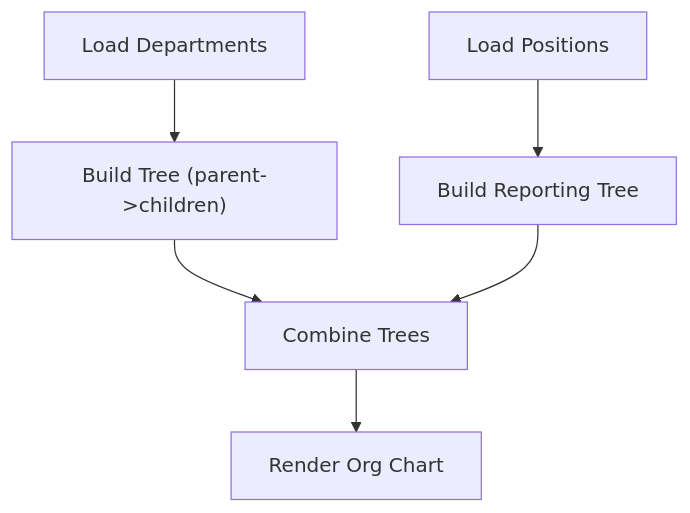
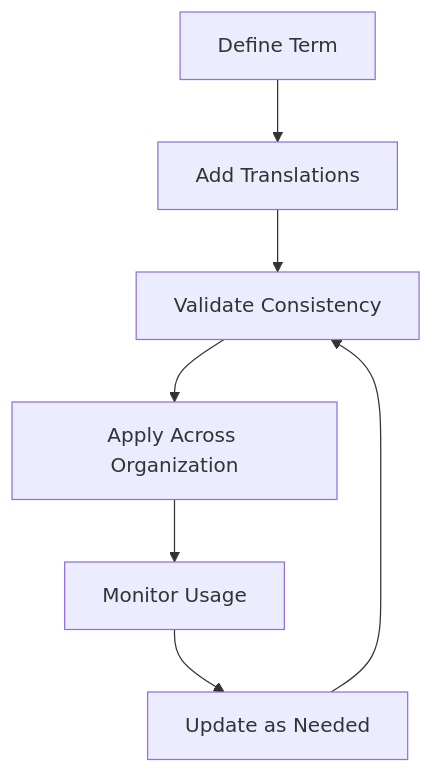
One commit to franckylab/eLISAschool changed the fourth of 7 diagrams in .qoder/repowiki/en/content/Human Resources Management/Personnel Administration/Organizational Structure.md. Above: the diagram before and after it, drawn with Mermaid. The commit also changed other lines of this file and 35 other files, not shown here.

First line of the commit message:
refactor(configuration): redistribuer la gestion de la configuration vers architecture distribuée

````diff
--- a/.qoder/repowiki/en/content/Human Resources Management/Personnel Administration/Organizational Structure.md
+++ b/.qoder/repowiki/en/content/Human Resources Management/Personnel Administration/Organizational Structure.md
@@ -235,8 +209,9 @@
 ```mermaid
 flowchart TD
-A["Load Departments"] --> B["Build Tree (parent->children)"]
-C["Load Positions"] --> D["Build Reporting Tree"]
-E["Combine Trees"] --> F["Render Org Chart"]
-B --> E
-D --> E
+A["Define Term"] --> B["Add Translations"]
+B --> C["Validate Consistency"]
+C --> D["Apply Across Organization"]
+D --> E["Monitor Usage"]
+E --> F["Update as Needed"]
+F --> C
 ```
````
